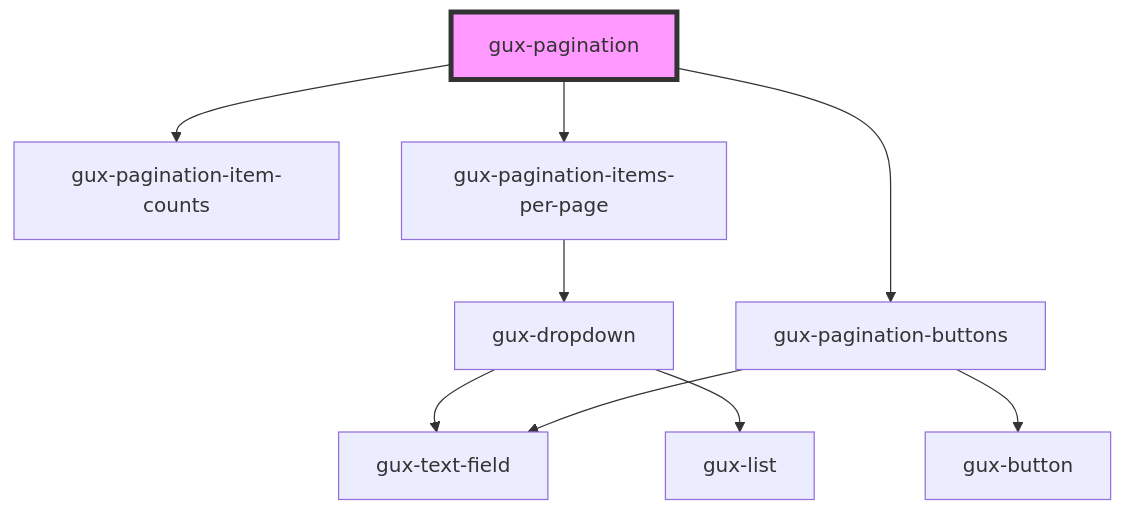
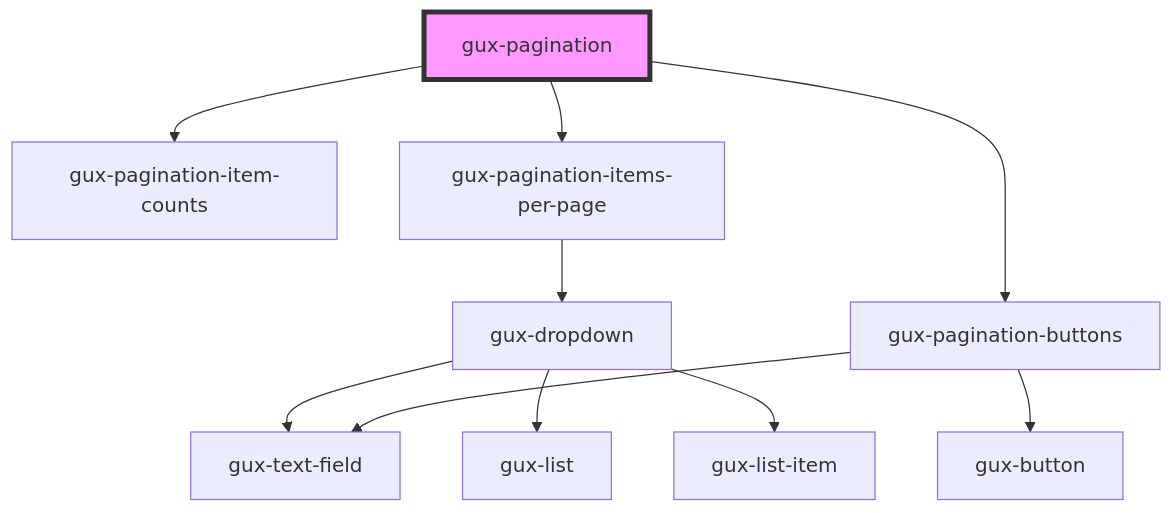
Before and after one commit to MyPureCloud/genesys-spark: the diagram in src/components/global/gux-pagination/readme.md, drawn with Mermaid. The commit also changed 17 other files, not shown here.

Commit message:
refactor(list): use slots in gux-list

````diff
--- a/src/components/global/gux-pagination/readme.md
+++ b/src/components/global/gux-pagination/readme.md
@@ -69,12 +69,13 @@
 ```mermaid
 graph TD;
   gux-pagination --> gux-pagination-item-counts
   gux-pagination --> gux-pagination-items-per-page
   gux-pagination --> gux-pagination-buttons
   gux-pagination-items-per-page --> gux-dropdown
   gux-dropdown --> gux-text-field
   gux-dropdown --> gux-list
+  gux-dropdown --> gux-list-item
   gux-pagination-buttons --> gux-button
   gux-pagination-buttons --> gux-text-field
   style gux-pagination fill:#f9f,stroke:#333,stroke-width:4px
 ```
````
